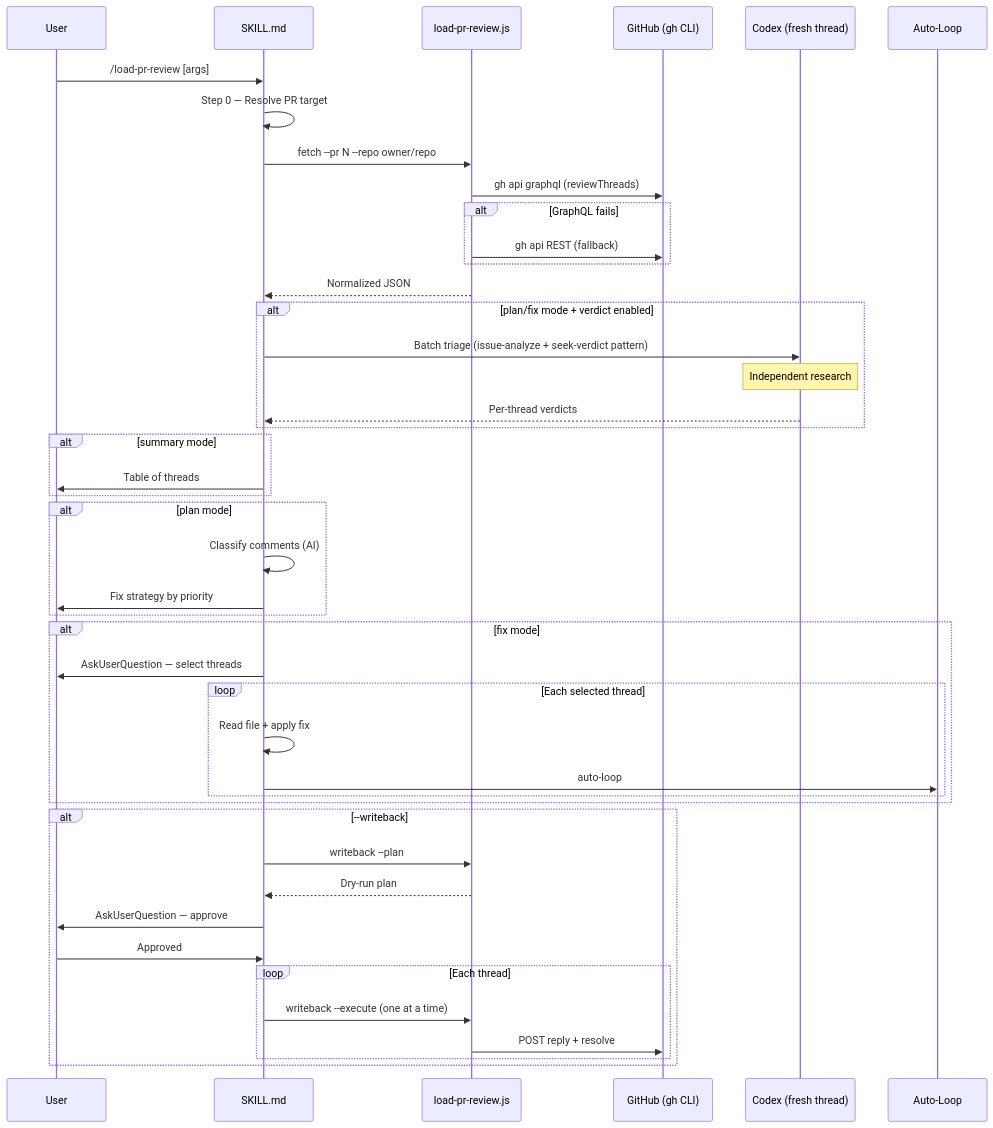
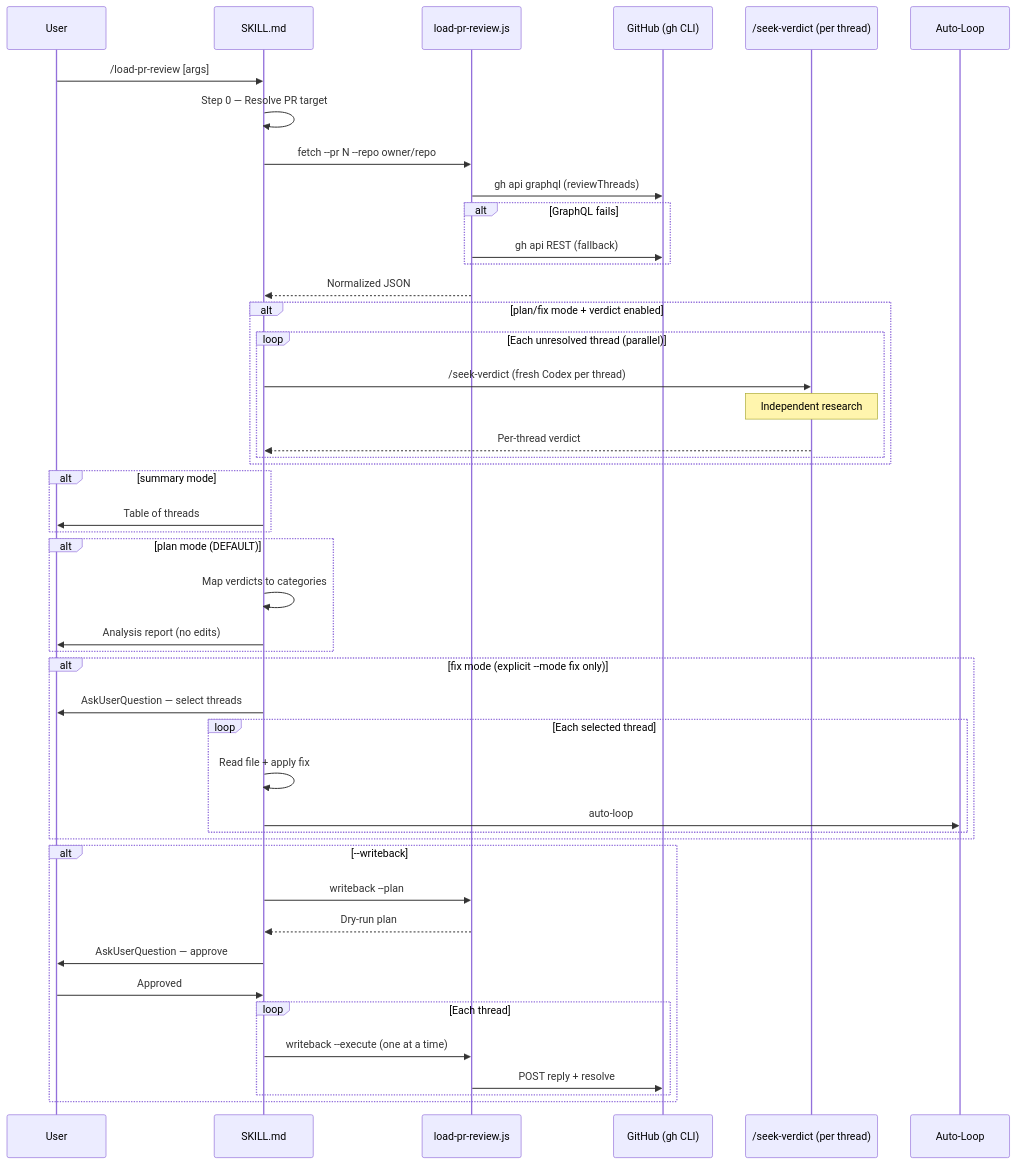
Before and after one commit to jupiter-Pulin/Uranus-dev-flow: the diagram in skills/load-pr-review/SKILL.md, drawn with Mermaid. The commit also changed other lines of this file and 3 other files, not shown here.

First line of the commit message:
fix: Enforce analysis-only default and per-thread seek-verdict in load-pr-review

````diff
--- a/skills/load-pr-review/SKILL.md
+++ b/skills/load-pr-review/SKILL.md
@@ -32,53 +54,55 @@
 ```mermaid
 sequenceDiagram
     participant U as User
     participant SK as SKILL.md
     participant JS as load-pr-review.js
     participant GH as GitHub (gh CLI)
-    participant CX as Codex (fresh thread)
+    participant SV as /seek-verdict (per thread)
     participant AL as Auto-Loop
 
     U->>SK: /load-pr-review [args]
     SK->>SK: Step 0 — Resolve PR target
 
     SK->>JS: fetch --pr N --repo owner/repo
     JS->>GH: gh api graphql (reviewThreads)
     alt GraphQL fails
         JS->>GH: gh api REST (fallback)
     end
     JS-->>SK: Normalized JSON
 
     alt plan/fix mode + verdict enabled
-        SK->>CX: Batch triage (issue-analyze + seek-verdict pattern)
-        Note over CX: Independent research
-        CX-->>SK: Per-thread verdicts
+        loop Each unresolved thread (parallel)
+            SK->>SV: /seek-verdict (fresh Codex per thread)
+            Note over SV: Independent research
+            SV-->>SK: Per-thread verdict
+        end
     end
 
     alt summary mode
         SK->>U: Table of threads
     end
 
-    alt plan mode
-        SK->>SK: Classify comments (AI)
-        SK->>U: Fix strategy by priority
+    alt plan mode (DEFAULT)
+        SK->>SK: Map verdicts to categories
+        SK->>U: Analysis report (no edits)
     end
 
-    alt fix mode
+    alt fix mode (explicit --mode fix only)
         SK->>U: AskUserQuestion — select threads
         loop Each selected thread
             SK->>SK: Read file + apply fix
             SK->>AL: auto-loop
         end
     end
 
     alt --writeback
         SK->>JS: writeback --plan
         JS-->>SK: Dry-run plan
         SK->>U: AskUserQuestion — approve
         U->>SK: Approved
         loop Each thread
             SK->>JS: writeback --execute (one at a time)
             JS->>GH: POST reply + resolve
         end
     end
 ```
````
